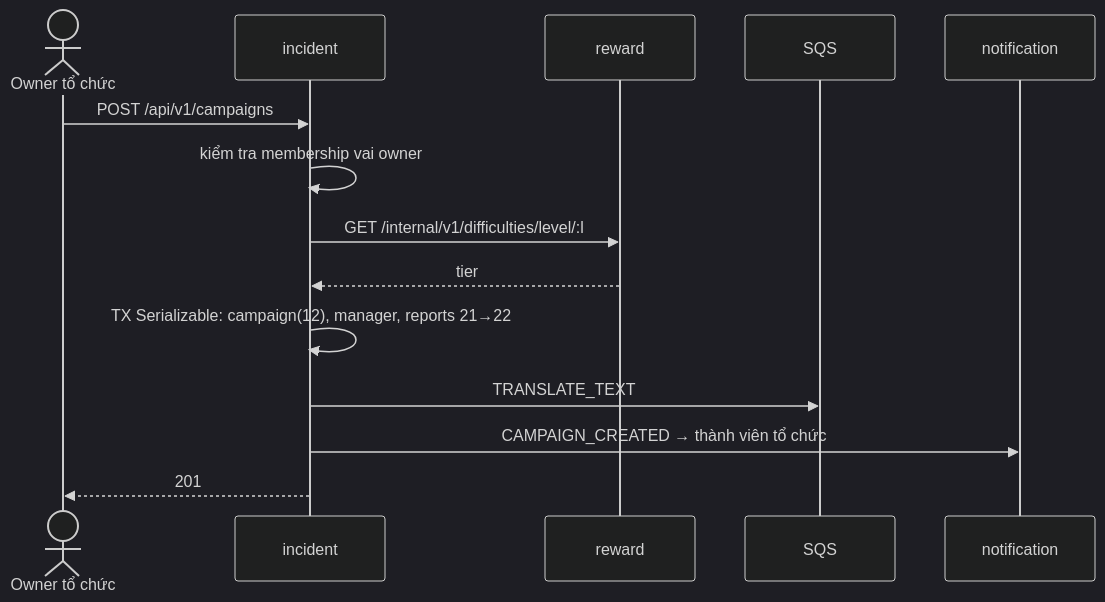
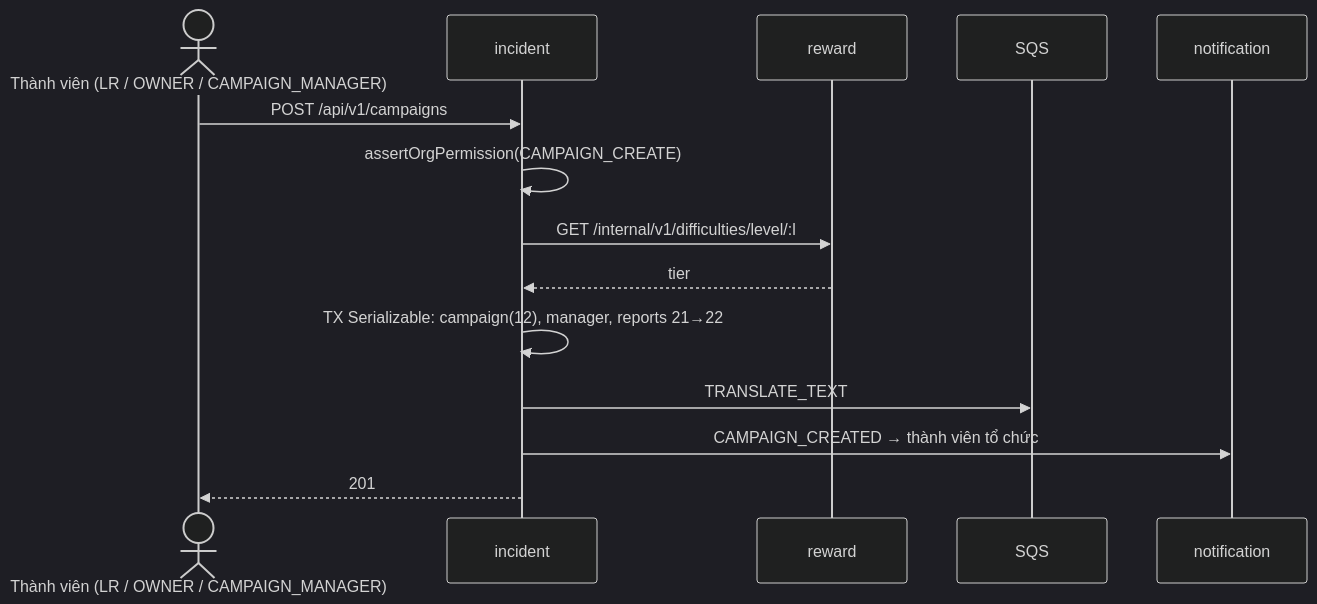
One commit to DOAN2-UQT-KN/ecolink-docs changed diagram 16 of 26 in 02-business-flows.md. Above: the diagram before and after it, drawn with Mermaid (dark theme). The commit also changed other lines of this file and 9 other files, not shown here.

````diff
--- a/02-business-flows.md
+++ b/02-business-flows.md
@@ -671,16 +671,16 @@
 ```mermaid
 sequenceDiagram
-  actor O as Owner tổ chức
+  actor O as Thành viên (LR / OWNER / CAMPAIGN_MANAGER)
   participant INC as incident
   participant RW as reward
   participant Q as SQS
   participant NS as notification
   O->>INC: POST /api/v1/campaigns
-  INC->>INC: kiểm tra membership vai owner
+  INC->>INC: assertOrgPermission(CAMPAIGN_CREATE)
   INC->>RW: GET /internal/v1/difficulties/level/:l
   RW-->>INC: tier
   INC->>INC: TX Serializable: campaign(12), manager, reports 21→22
   INC->>Q: TRANSLATE_TEXT
   INC->>NS: CAMPAIGN_CREATED → thành viên tổ chức
   INC-->>O: 201
 ```
````
